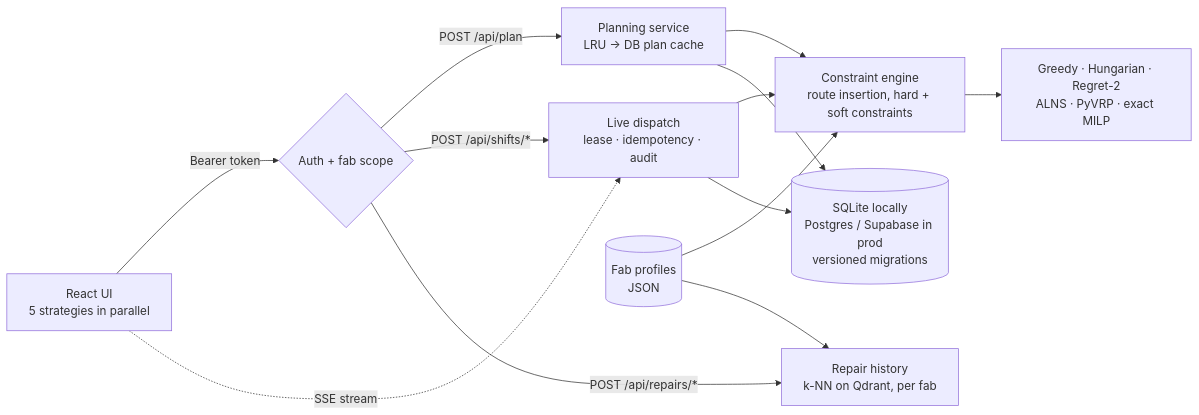
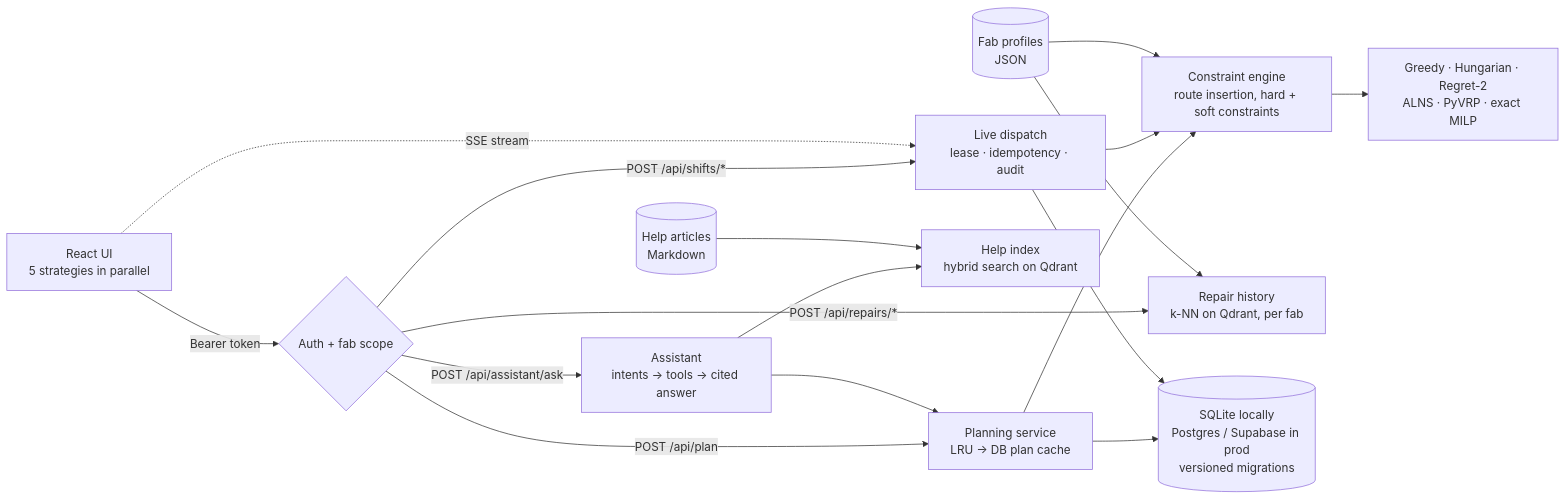
One commit to pavansky/fab-dispatch changed the diagram in README.md. Above: the diagram before and after it, drawn with Mermaid. The commit also changed other lines of this file and 5 other files, not shown here.

Commit message:
docs: help and assistant, guest access, D24-D25, 2.1.0 changelog

````diff
--- a/README.md
+++ b/README.md
@@ -258,13 +265,17 @@
 ```mermaid
 flowchart LR
   UI["React UI<br/>5 strategies in parallel"] -->|"Bearer token"| AUTH{"Auth + fab scope"}
   AUTH -->|POST /api/plan| PS["Planning service<br/>LRU → DB plan cache"]
   PS --> ENG["Constraint engine<br/>route insertion, hard + soft constraints"]
   ENG --> ALG["Greedy · Hungarian · Regret-2<br/>ALNS · PyVRP · exact MILP"]
   AUTH -->|"POST /api/shifts/*"| LIVE["Live dispatch<br/>lease · idempotency · audit"]
   LIVE --> ENG
   UI -.->|SSE stream| LIVE
   AUTH -->|POST /api/repairs/*| KN["Repair history<br/>k-NN on Qdrant, per fab"]
+  AUTH -->|POST /api/assistant/ask| AS["Assistant<br/>intents → tools → cited answer"]
+  AS --> PS
+  AS --> HI["Help index<br/>hybrid search on Qdrant"]
+  HELP[("Help articles<br/>Markdown")] --> HI
   PROF[("Fab profiles<br/>JSON")] --> ENG & KN
   PS & LIVE --> DB[("SQLite locally<br/>Postgres / Supabase in prod<br/>versioned migrations")]
 ```
````
